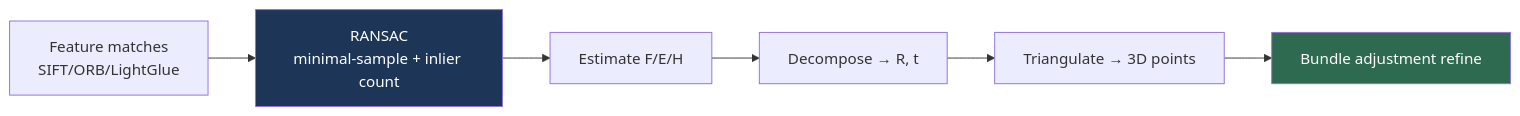
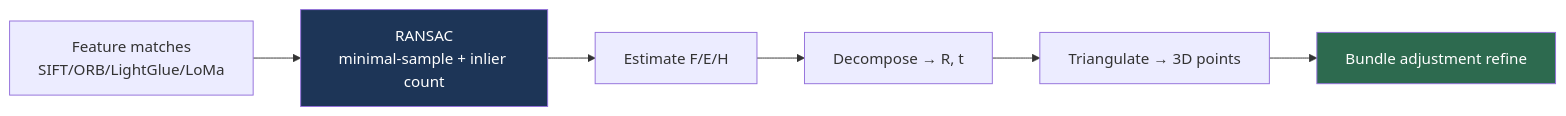
One commit to FrankHuang94/CV_learning_db_claude changed the first of 2 diagrams in cv-knowledge-base/00_foundations/04_classical_geometry.md. Above: the diagram before and after it, drawn with Mermaid. The commit also changed other lines of this file and 9 other files, not shown here.

````diff
--- a/cv-knowledge-base/00_foundations/04_classical_geometry.md
+++ b/cv-knowledge-base/00_foundations/04_classical_geometry.md
@@ -54,10 +67,10 @@
 ```mermaid
 graph LR
-    A[Feature matches<br/>SIFT/ORB/LightGlue] --> B[RANSAC<br/>minimal-sample + inlier count]
+    A[Feature matches<br/>SIFT/ORB/LightGlue/LoMa] --> B[RANSAC<br/>minimal-sample + inlier count]
     B --> C[Estimate F/E/H]
     C --> D[Decompose → R, t]
     D --> E[Triangulate → 3D points]
     E --> F[Bundle adjustment refine]
     style B fill:#1d3557,color:#fff
     style F fill:#2d6a4f,color:#fff
 ```
````
